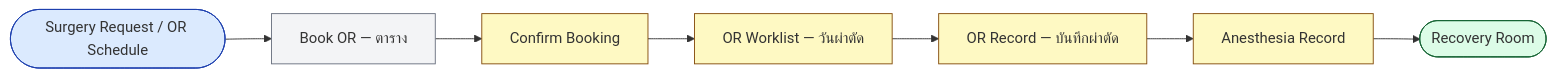
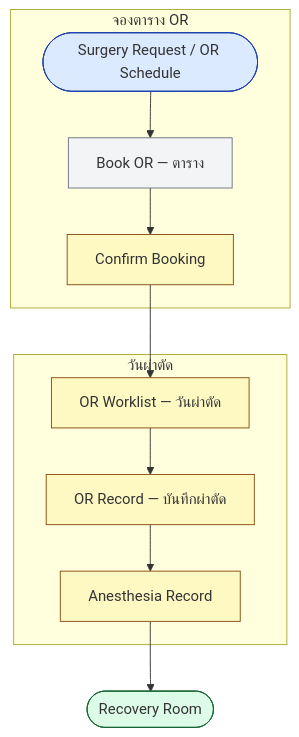
One commit to npnatt12/KMCH-HIS-Wiki changed the diagram in public/charts/or.mmd. Above: the diagram before and after it, drawn with Mermaid. The commit also changed 80 other files, not shown here.

First line of the commit message:
feat(charts): restructure all flowcharts with subgraph phases for balanced layout

```diff
--- a/public/charts/or.mmd
+++ b/public/charts/or.mmd
@@ -1,14 +1,18 @@
-graph LR
-  A([Surgery Request / OR Schedule]) --> B[Book OR — ตาราง]
-  B --> C[Confirm Booking]
-  C --> D[OR Worklist — วันผ่าตัด]
-  D --> E[OR Record — บันทึกผ่าตัด]
-  E --> F[Anesthesia Record]
+graph TB
+  subgraph Booking["จองตาราง OR"]
+    A([Surgery Request / OR Schedule]) --> B[Book OR — ตาราง]
+    B --> C[Confirm Booking]
+  end
+  subgraph Surgery["วันผ่าตัด"]
+    C --> D[OR Worklist — วันผ่าตัด]
+    D --> E[OR Record — บันทึกผ่าตัด]
+    E --> F[Anesthesia Record]
+  end
   F --> G([Recovery Room])
   style A fill:#dbeafe,stroke:#1e40af
   style B fill:#f3f4f6,stroke:#6b7280
   style C fill:#fef9c3,stroke:#854d0e
   style D fill:#fef9c3,stroke:#854d0e
   style E fill:#fef9c3,stroke:#854d0e
   style F fill:#fef9c3,stroke:#854d0e
   style G fill:#dcfce7,stroke:#166534
```
